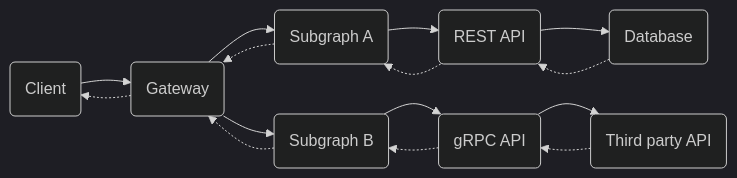
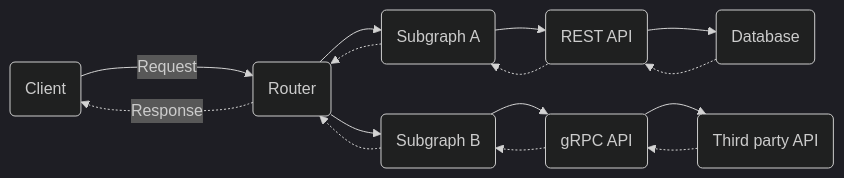
The diagram in src/content/technotes/TN0028-change-management.mdx (apollographql/docs), drawn with Mermaid (dark theme) before and after one commit. The commit also changed other lines of this file, not shown here.

````diff
--- a/src/content/technotes/TN0028-change-management.mdx
+++ b/src/content/technotes/TN0028-change-management.mdx
@@ -9,17 +9,17 @@
 ```mermaid
 graph LR
-    X(Client) --> A(Gateway)
-    A -.-> X
+    X(Client) -- Request ---> A(Router)
+    A -.Response.-> X
     A --> B(Subgraph A)
     B -.-> A
     A --> C(Subgraph B)
     C -.-> A
     B --> D(REST API)
     D -.-> B
     D --> E(Database)
     E -.-> D
     C --> F(gRPC API)
     F -.-> C
     F --> G(Third party API)
     G -.-> F
 ```
````
